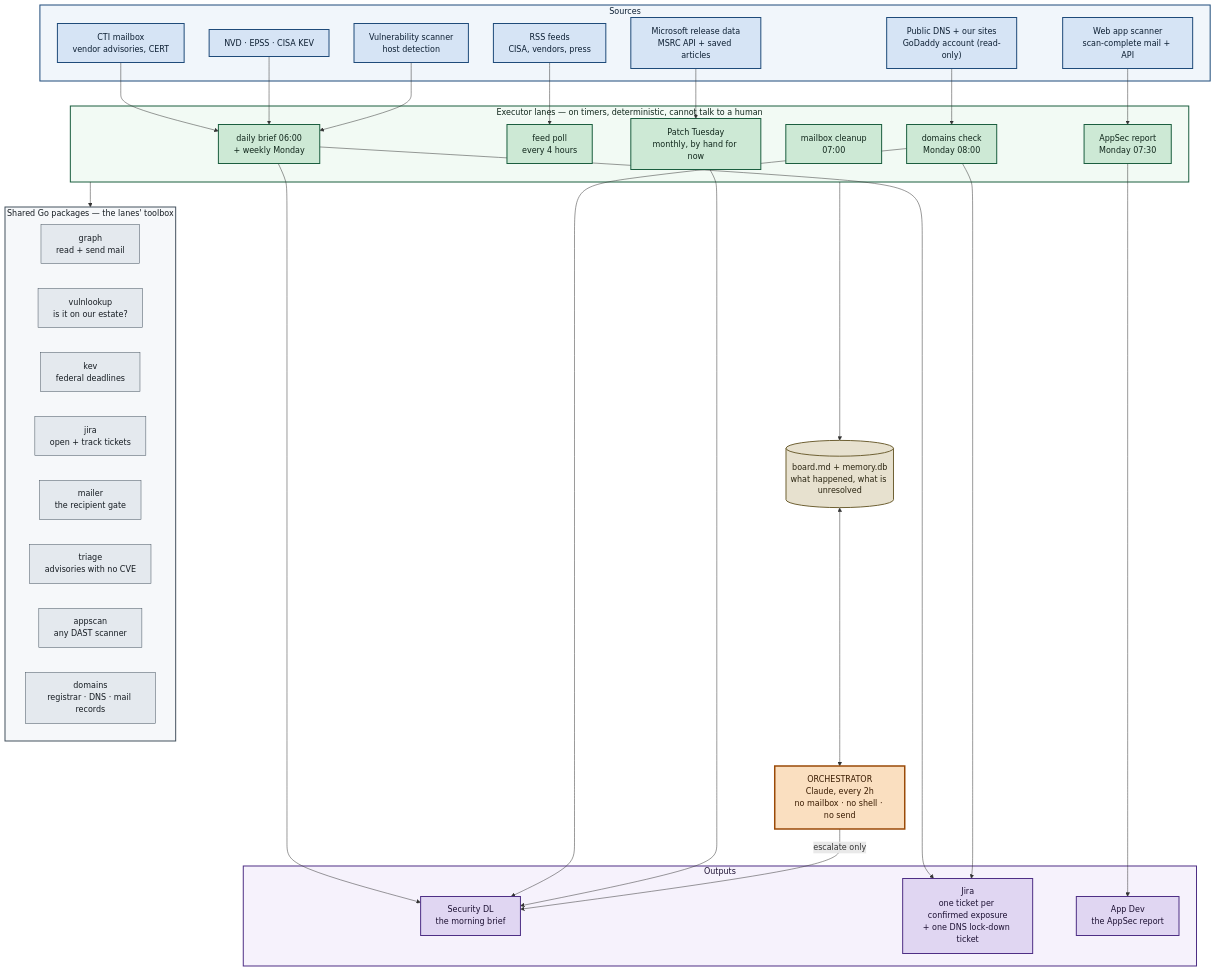
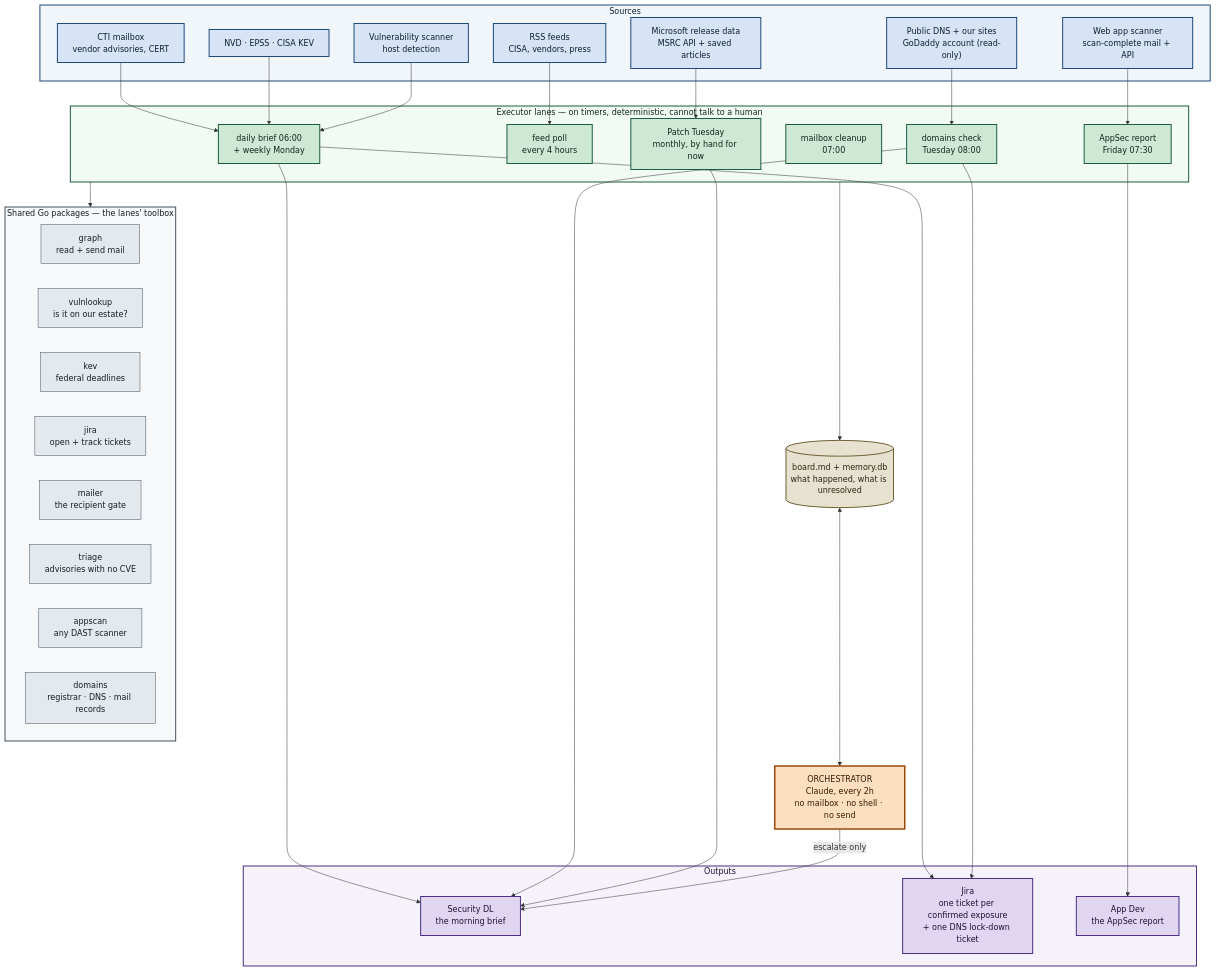
Before and after one commit to zany2dmax/cti-agent: the second of 2 diagrams in ARCHITECTURE.md, drawn with Mermaid. The commit also changed other lines of this file and 16 other files, not shown here.

Commit message:
Schedule: domains weekly on Tuesday, AppSec weekly on Friday (was both Monday)

````diff
--- a/ARCHITECTURE.md
+++ b/ARCHITECTURE.md
@@ -127,78 +127,78 @@
 ```mermaid
 flowchart TB
     subgraph SRC["Sources"]
         MBX["CTI mailbox<br/>vendor advisories, CERT"]
         FEEDS["RSS feeds<br/>CISA, vendors, press"]
         NVD["NVD · EPSS · CISA KEV"]
         QUALYS["Vulnerability scanner<br/>host detection"]
         DAST["Web app scanner<br/>scan-complete mail + API"]
         DNSREG["Public DNS + our sites<br/>GoDaddy account (read-only)"]
         MSRC["Microsoft release data<br/>MSRC API + saved articles"]
     end
 
     subgraph LANES["Executor lanes — on timers, deterministic, cannot talk to a human"]
         DIGEST["daily brief 06:00<br/>+ weekly Monday"]
         SCOUT["feed poll<br/>every 4 hours"]
         PT["Patch Tuesday<br/>monthly, by hand for now"]
         CLEAN["mailbox cleanup<br/>07:00"]
-        APPSEC["AppSec report<br/>Monday 07:30"]
-        DOMS["domains check<br/>Monday 08:00"]
+        APPSEC["AppSec report<br/>Friday 07:30"]
+        DOMS["domains check<br/>Tuesday 08:00"]
     end
 
     subgraph GO["Shared Go packages — the lanes' toolbox"]
         direction LR
         P1["graph<br/>read + send mail"]
         P2["vulnlookup<br/>is it on our estate?"]
         P3["kev<br/>federal deadlines"]
         P4["jira<br/>open + track tickets"]
         P5["mailer<br/>the recipient gate"]
         P6["triage<br/>advisories with no CVE"]
         P7["appscan<br/>any DAST scanner"]
         P8["domains<br/>registrar · DNS · mail records"]
     end
 
     subgraph OUT["Outputs"]
         EMAIL["Security DL<br/>the morning brief"]
         TICKET["Jira<br/>one ticket per confirmed exposure<br/>+ one DNS lock-down ticket"]
         APPDEV["App Dev<br/>the AppSec report"]
     end
 
     ORCH2["ORCHESTRATOR<br/>Claude, every 2h<br/>no mailbox · no shell · no send"]
     STATE[("board.md + memory.db<br/>what happened, what is unresolved")]
 
     MBX --> DIGEST
     FEEDS --> SCOUT
     NVD --> DIGEST
     QUALYS --> DIGEST
     DAST --> APPSEC
     DNSREG --> DOMS
     MSRC --> PT
     LANES --> GO
     DIGEST --> EMAIL
     DIGEST --> TICKET
     APPSEC --> APPDEV
     DOMS --> EMAIL
     DOMS --> TICKET
     PT --> EMAIL
     LANES --> STATE
     STATE <--> ORCH2
     ORCH2 -->|"escalate only"| EMAIL
 
     %% Same reasoning as the first diagram: no node is left to the theme.
     classDef source fill:#d6e4f5,stroke:#1f4b7a,stroke-width:2px,color:#0d1f33
     classDef lane   fill:#cde9d5,stroke:#1b5e3f,stroke-width:2px,color:#10261b
     classDef pkg    fill:#e4e9ee,stroke:#44525e,stroke-width:1px,color:#161c22
     classDef out    fill:#e0d6f2,stroke:#4e2f85,stroke-width:2px,color:#1d1133
     classDef orch   fill:#fadfc0,stroke:#9a4a08,stroke-width:3px,color:#3a1c02
     classDef store  fill:#e7e1cf,stroke:#6f6134,stroke-width:2px,color:#2a2410
     class MBX,FEEDS,NVD,QUALYS,DAST,DNSREG,MSRC source
     class DIGEST,SCOUT,PT,CLEAN,APPSEC,DOMS lane
     class P1,P2,P3,P4,P5,P6,P7,P8 pkg
     class EMAIL,TICKET,APPDEV out
     class ORCH2 orch
     class STATE store
     style SRC   fill:#f1f6fb,stroke:#1f4b7a,stroke-width:2px,color:#0d1f33
     style LANES fill:#f2faf4,stroke:#1b5e3f,stroke-width:2px,color:#10261b
     style GO    fill:#f6f8fa,stroke:#44525e,stroke-width:2px,color:#161c22
     style OUT   fill:#f6f2fc,stroke:#4e2f85,stroke-width:2px,color:#1d1133
 ```
````
